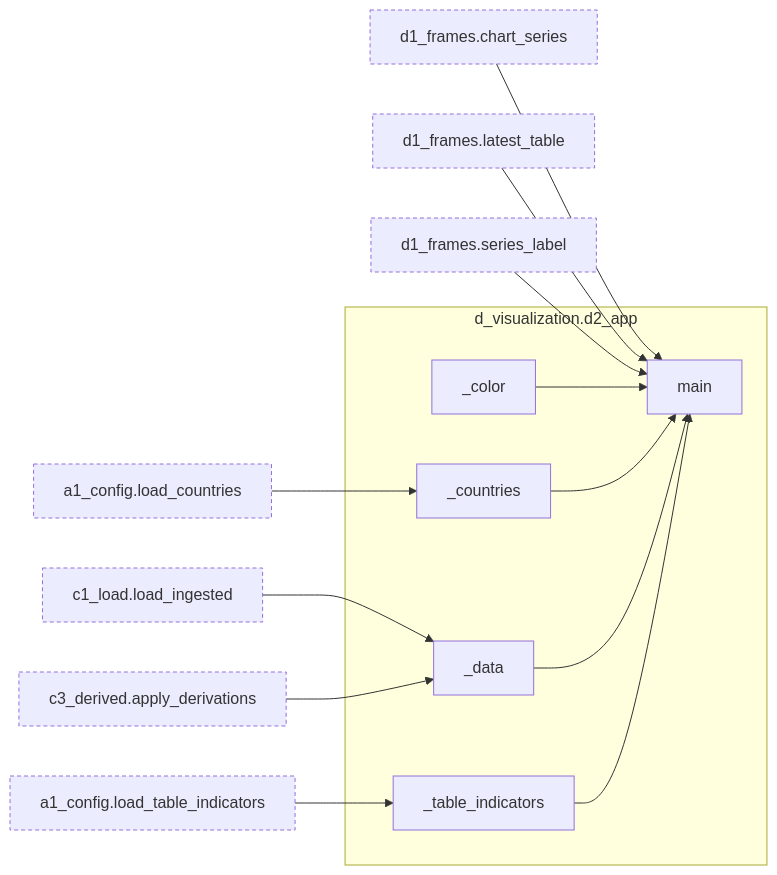
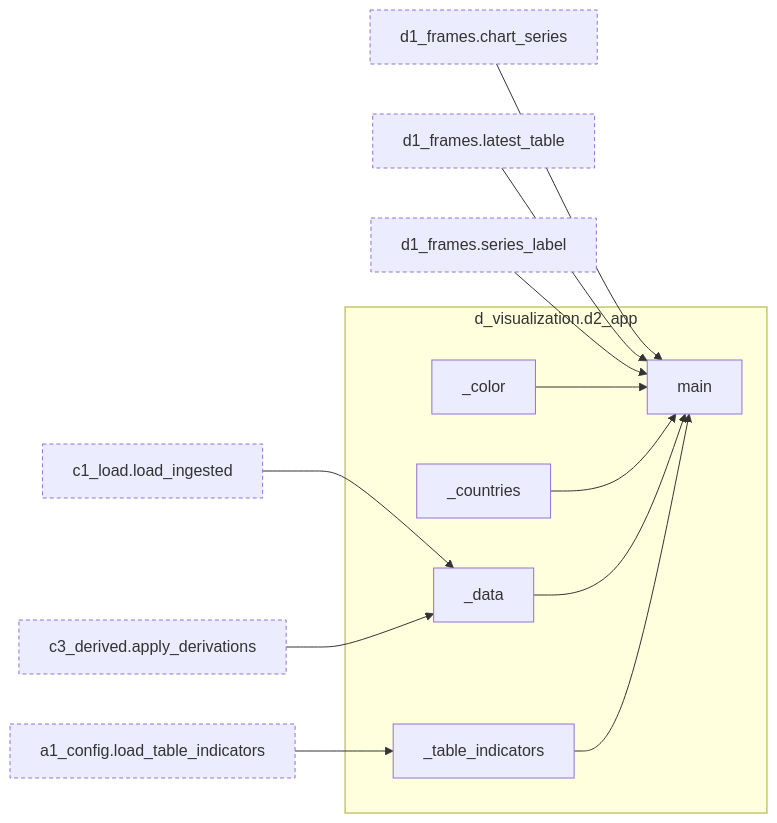
Diagram 15 of 15 in docs/architecture.md (bsawyerg15/MacroScan), drawn with Mermaid before and after one commit. The commit also changed other lines of this file and 8 other files, not shown here.

````diff
--- a/docs/architecture.md
+++ b/docs/architecture.md
@@ -1199,41 +1186,38 @@
 ```mermaid
 flowchart LR
   subgraph this["d_visualization.d2_app"]
     n_d_visualization_d2_app__color["_color"]
     n_d_visualization_d2_app__countries["_countries"]
     n_d_visualization_d2_app__data["_data"]
     n_d_visualization_d2_app__table_indicators["_table_indicators"]
     n_d_visualization_d2_app_main["main"]
   end
-  n_a_core_a1_config_load_countries["a1_config.load_countries"]:::ext
   n_a_core_a1_config_load_table_indicators["a1_config.load_table_indicators"]:::ext
   n_c_transform_c1_load_load_ingested["c1_load.load_ingested"]:::ext
   n_c_transform_c3_derived_apply_derivations["c3_derived.apply_derivations"]:::ext
   n_d_visualization_d1_frames_chart_series["d1_frames.chart_series"]:::ext
   n_d_visualization_d1_frames_latest_table["d1_frames.latest_table"]:::ext
   n_d_visualization_d1_frames_series_label["d1_frames.series_label"]:::ext
-  n_a_core_a1_config_load_countries --> n_d_visualization_d2_app__countries
   n_c_transform_c1_load_load_ingested --> n_d_visualization_d2_app__data
   n_c_transform_c3_derived_apply_derivations --> n_d_visualization_d2_app__data
   n_a_core_a1_config_load_table_indicators --> n_d_visualization_d2_app__table_indicators
   n_d_visualization_d1_frames_chart_series --> n_d_visualization_d2_app_main
   n_d_visualization_d1_frames_latest_table --> n_d_visualization_d2_app_main
   n_d_visualization_d1_frames_series_label --> n_d_visualization_d2_app_main
   n_d_visualization_d2_app__color --> n_d_visualization_d2_app_main
   n_d_visualization_d2_app__countries --> n_d_visualization_d2_app_main
   n_d_visualization_d2_app__data --> n_d_visualization_d2_app_main
   n_d_visualization_d2_app__table_indicators --> n_d_visualization_d2_app_main
-  click n_a_core_a1_config_load_countries href "#fn-a_core-a1_config-load_countries"
   click n_a_core_a1_config_load_table_indicators href "#fn-a_core-a1_config-load_table_indicators"
   click n_c_transform_c1_load_load_ingested href "#fn-c_transform-c1_load-load_ingested"
   click n_c_transform_c3_derived_apply_derivations href "#fn-c_transform-c3_derived-apply_derivations"
   click n_d_visualization_d1_frames_chart_series href "#fn-d_visualization-d1_frames-chart_series"
   click n_d_visualization_d1_frames_latest_table href "#fn-d_visualization-d1_frames-latest_table"
   click n_d_visualization_d1_frames_series_label href "#fn-d_visualization-d1_frames-series_label"
   click n_d_visualization_d2_app__color href "#fn-d_visualization-d2_app-_color"
   click n_d_visualization_d2_app__countries href "#fn-d_visualization-d2_app-_countries"
   click n_d_visualization_d2_app__data href "#fn-d_visualization-d2_app-_data"
   click n_d_visualization_d2_app__table_indicators href "#fn-d_visualization-d2_app-_table_indicators"
   click n_d_visualization_d2_app_main href "#fn-d_visualization-d2_app-main"
   classDef ext stroke-dasharray: 4 3
 ```
````
